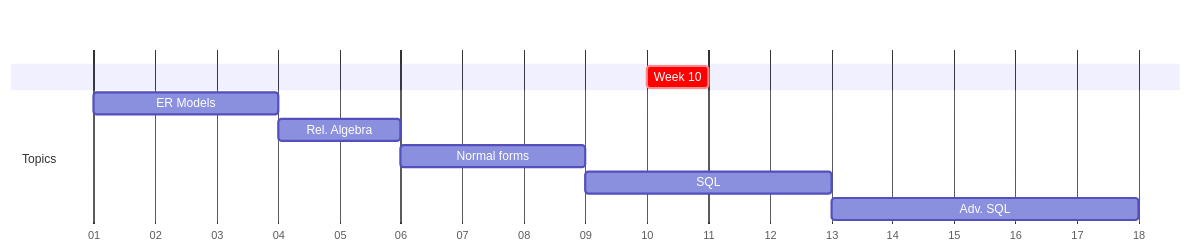
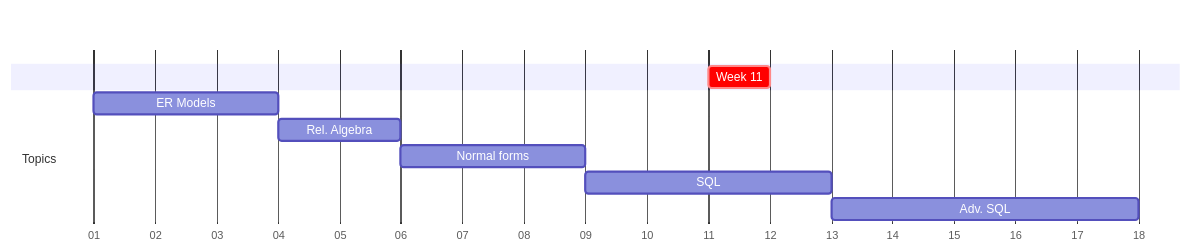
The diagram in fa2024/lectures/week-mermaid.mmd (lowkeylabs/cmsc408-course-admin), drawn with Mermaid before and after one commit. The commit also changed 50 other files, not shown here.

```diff
--- a/fa2024/lectures/week-mermaid.mmd
+++ b/fa2024/lectures/week-mermaid.mmd
@@ -1,14 +1,14 @@
 
 gantt
     dateFormat  M/DD/YYYY
     axisFormat  %W
 
     section    
-    Week 10 : crit, weekblock, 3/10/2024, 1w
+    Week 11 : crit, weekblock, 3/17/2024, 1w
 
     section Topics
     ER Models : m1, 1/7/2024, 3w
     Rel. Algebra: m4, after m1, 2w
     Normal forms: m5, after m4, 3w
     SQL : m6, after m5, 4w
     Adv. SQL: m7, after m6, 5w
```
